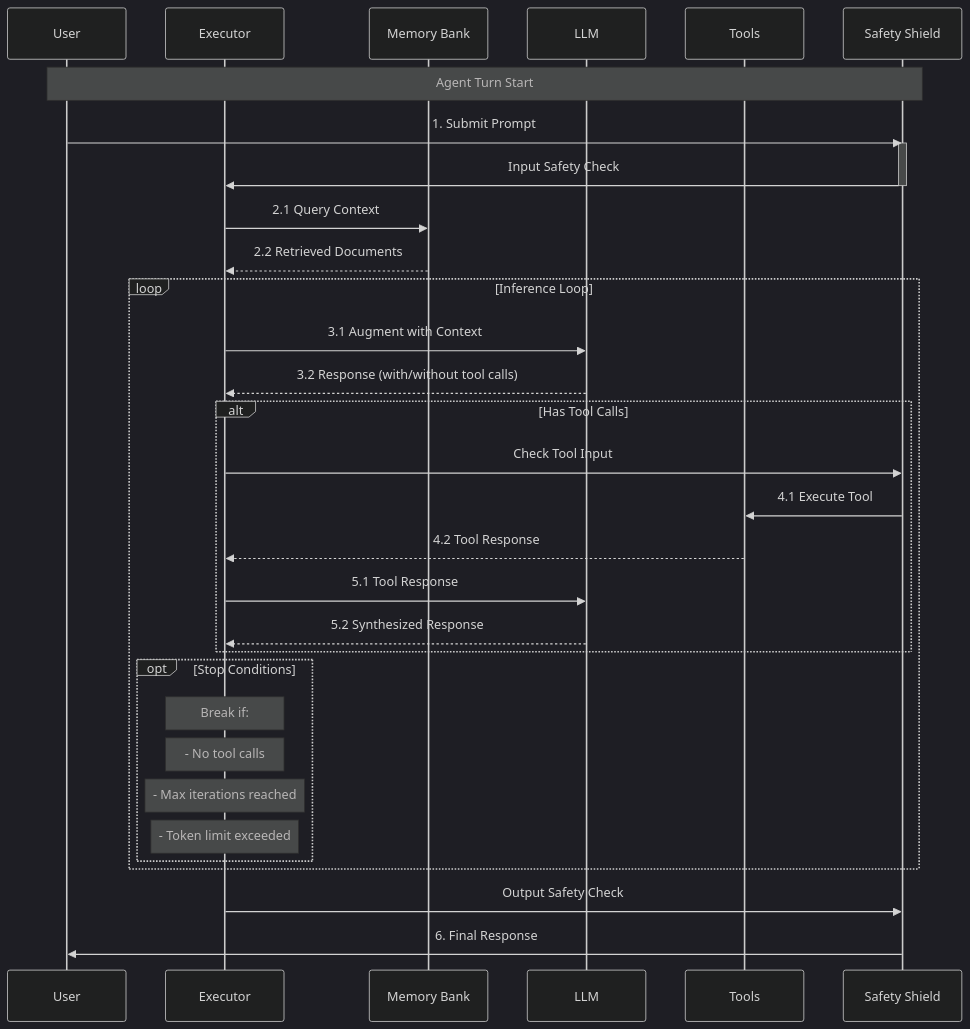
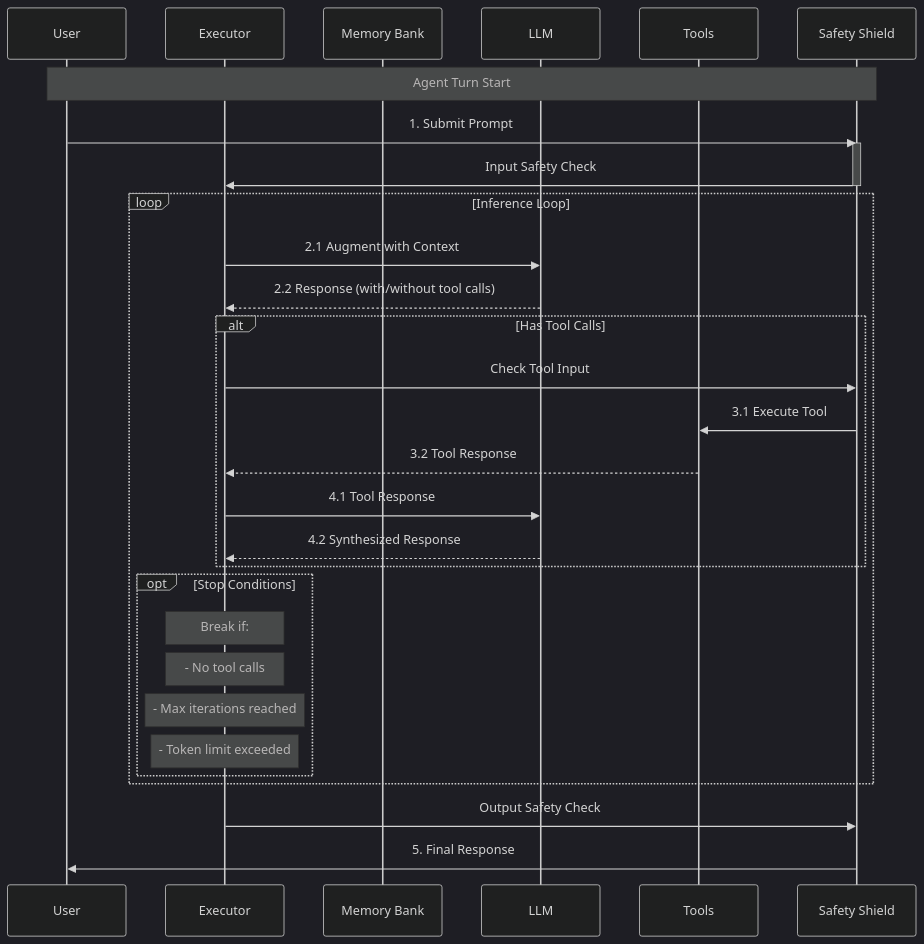
The diagram in docs/source/building_applications/agent_execution_loop.md (meta-llama/llama-stack), drawn with Mermaid (dark theme) before and after one commit. The commit also changed other lines of this file and 6 other files, not shown here.

````diff
--- a/docs/source/building_applications/agent_execution_loop.md
+++ b/docs/source/building_applications/agent_execution_loop.md
@@ -28,41 +28,38 @@
 ```{mermaid}
 sequenceDiagram
     participant U as User
     participant E as Executor
     participant M as Memory Bank
     participant L as LLM
     participant T as Tools
     participant S as Safety Shield
 
     Note over U,S: Agent Turn Start
     U->>S: 1. Submit Prompt
     activate S
     S->>E: Input Safety Check
     deactivate S
 
-    E->>M: 2.1 Query Context
-    M-->>E: 2.2 Retrieved Documents
-
     loop Inference Loop
-        E->>L: 3.1 Augment with Context
-        L-->>E: 3.2 Response (with/without tool calls)
+        E->>L: 2.1 Augment with Context
+        L-->>E: 2.2 Response (with/without tool calls)
 
         alt Has Tool Calls
             E->>S: Check Tool Input
-            S->>T: 4.1 Execute Tool
-            T-->>E: 4.2 Tool Response
-            E->>L: 5.1 Tool Response
-            L-->>E: 5.2 Synthesized Response
+            S->>T: 3.1 Execute Tool
+            T-->>E: 3.2 Tool Response
+            E->>L: 4.1 Tool Response
+            L-->>E: 4.2 Synthesized Response
         end
 
         opt Stop Conditions
             Note over E: Break if:
             Note over E: - No tool calls
             Note over E: - Max iterations reached
             Note over E: - Token limit exceeded
         end
     end
 
     E->>S: Output Safety Check
-    S->>U: 6. Final Response
+    S->>U: 5. Final Response
 ```
````
